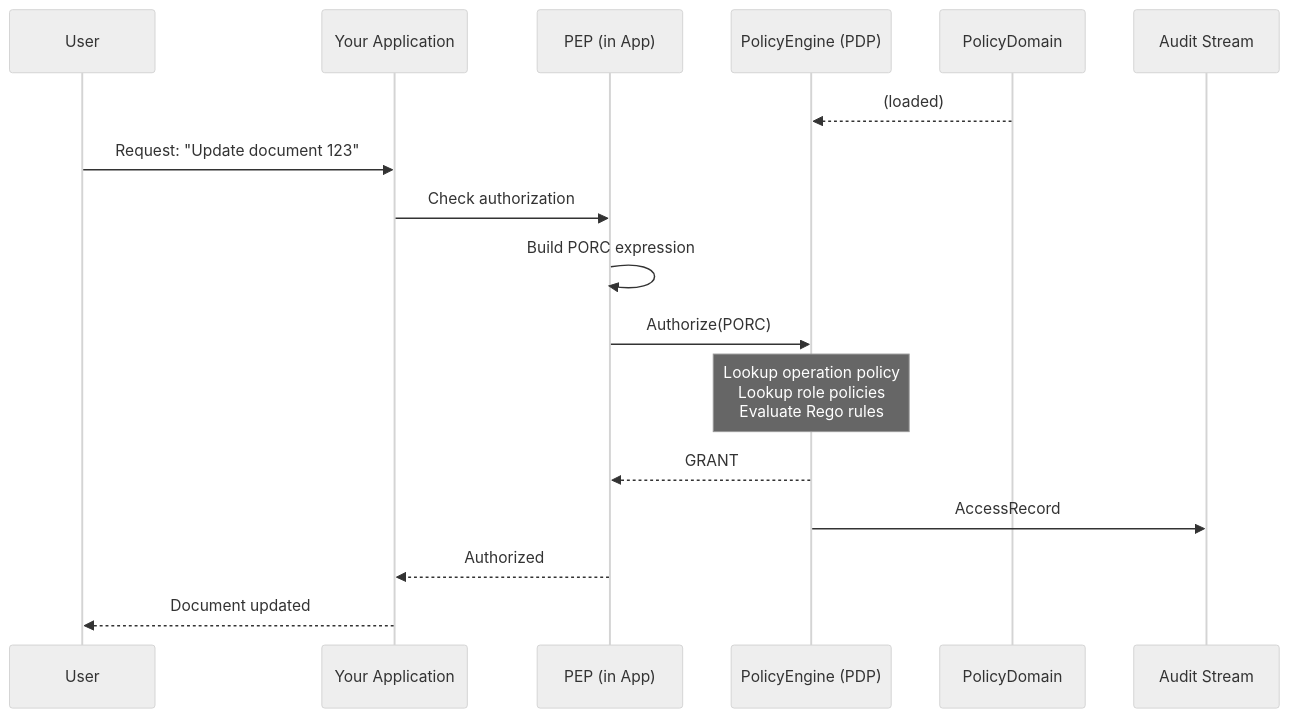
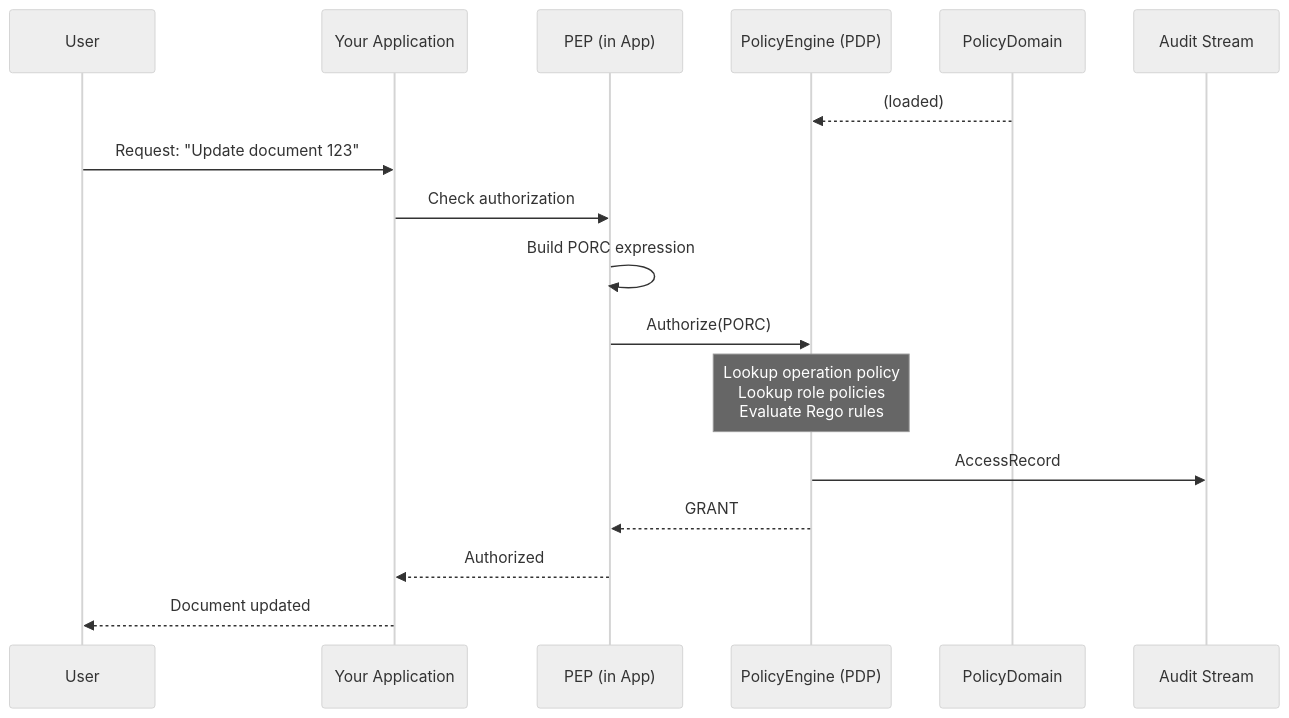
One commit to manetu/policyengine changed the fifth of 5 diagrams in docs/docs/how-it-works.md. Above: the diagram before and after it, drawn with Mermaid (neutral theme). The commit also changed other lines of this file and 1 other file, not shown here.

Commit message:
Correct ordering between AccessRecord and returned decision

````diff
--- a/docs/docs/how-it-works.md
+++ b/docs/docs/how-it-works.md
@@ -176,21 +176,21 @@
 ```mermaid
 sequenceDiagram
     participant User
     participant App as Your Application
     participant PEP as PEP (in App)
     participant PDP as PolicyEngine (PDP)
     participant PD as PolicyDomain
     participant Audit as Audit Stream
 
     PD-->>PDP: (loaded)
 
     User->>App: Request: "Update document 123"
     App->>PEP: Check authorization
     PEP->>PEP: Build PORC expression
     PEP->>PDP: Authorize(PORC)
     Note over PDP: Lookup operation policy<br/>Lookup role policies<br/>Evaluate Rego rules
+    PDP->>Audit: AccessRecord
     PDP-->>PEP: GRANT
-    PDP->>Audit: AccessRecord
     PEP-->>App: Authorized
     App-->>User: Document updated
 ```
````
